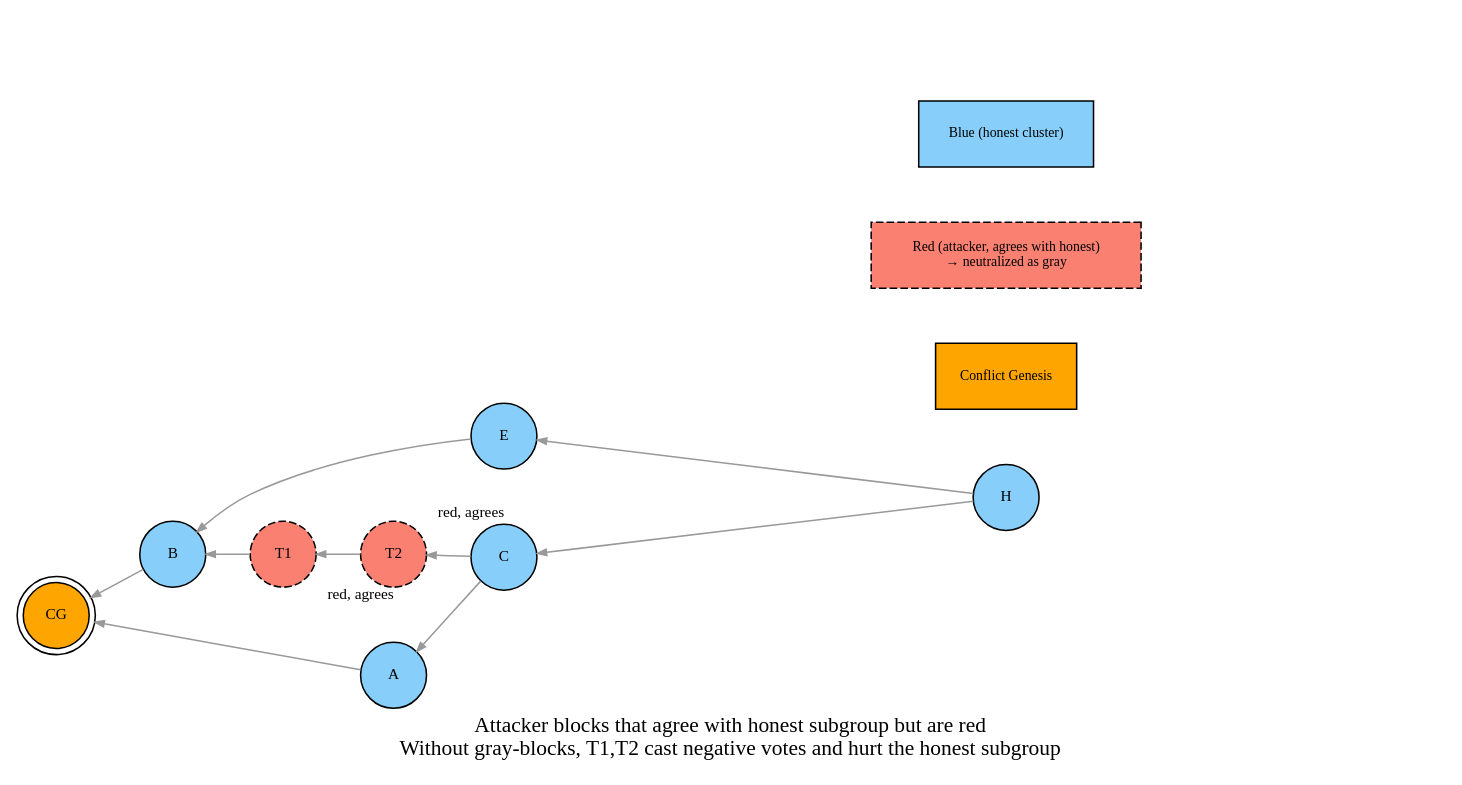
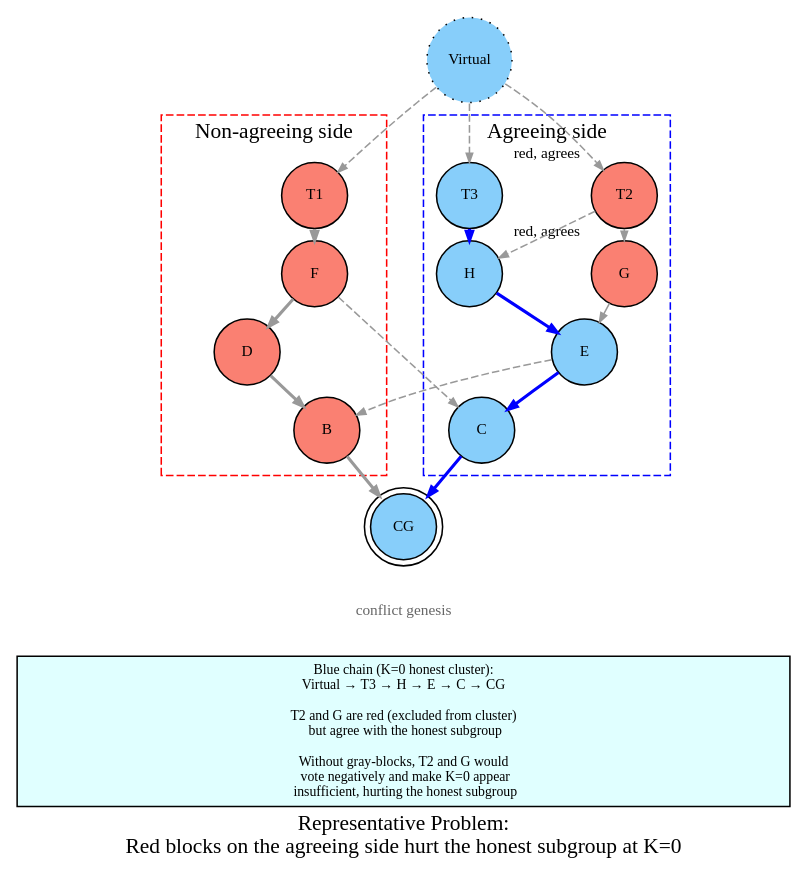
The diagram in dot/06-representative-problem.dot (coderofstuff/dk-wiki), drawn with Graphviz before and after one commit. The commit also changed 12 other files, not shown here.

Commit message:
Initial better images based on standard graph

```diff
--- a/dot/06-representative-problem.dot
+++ b/dot/06-representative-problem.dot
@@ -1,36 +1,70 @@
 digraph representative_problem {
-    rankdir=RL;
-    nodesep=0.5;
-    ranksep=0.4;
+    rankdir=TB;
+    nodesep=0.8;
+    ranksep=0.1;
     node [shape=circle, style=filled, fontsize=10, width=0.6, height=0.6];
     edge [arrowsize=0.6, color=gray60];
 
-    label="Attacker blocks that agree with honest subgroup but are red\nWithout gray-blocks, T1,T2 cast negative votes and hurt the honest subgroup";
+    label="Representative Problem:\nRed blocks on the agreeing side hurt the honest subgroup at K=0";
 
-    H [label="H", fillcolor=lightskyblue];
-    E [label="E", fillcolor=lightskyblue];
-    B [label="B", fillcolor=lightskyblue];
-    C [label="C", fillcolor=lightskyblue];
-    A [label="A", fillcolor=lightskyblue];
-    T1 [label="T1", fillcolor=salmon, style="filled,dashed", xlabel="red, agrees"];
-    T2 [label="T2", fillcolor=salmon, style="filled,dashed", xlabel="red, agrees"];
-    CG [label="CG", fillcolor=orange, shape=doublecircle];
+    CG [label="CG", fillcolor=lightskyblue, shape=doublecircle];
 
-    // Edges point backwards (newer → older)
-    H -> E;
-    H -> C;
-    E -> B;
-    C -> A;
-    C -> T2;
-    T2 -> T1;
-    T1 -> B;
-    B -> CG;
-    A -> CG;
+    Virtual [label="Virtual", shape=circle, style="dotted,filled", fillcolor=lightskyblue];
 
-    subgraph cluster_legend {
-        style=invis;
-        L_BLUE [label="Blue (honest cluster)", fillcolor=lightskyblue, shape=box, style=filled, fontsize=9];
-        L_RED [label="Red (attacker, agrees with honest)\n→ neutralized as gray", fillcolor=salmon, shape=box, style="filled,dashed", fontsize=9];
-        L_CG [label="Conflict Genesis", fillcolor=orange, shape=box, style=filled, fontsize=9];
+    // Left side: non-agreeing side (all red)
+    subgraph cluster_left {
+        label="Non-agreeing side";
+        labelloc=t;
+        style="dashed";
+        color=red;
+        B [label="B", fillcolor=salmon];
+        D [label="D", fillcolor=salmon];
+        F [label="F", fillcolor=salmon];
+        T1 [label="T1", fillcolor=salmon];
     }
+
+    // Right side: agreeing side (blue chain + red non-blue blocks)
+    subgraph cluster_right {
+        label="Agreeing side";
+        labelloc=t;
+        style="dashed";
+        color=blue;
+        C [label="C", fillcolor=lightskyblue];
+        E [label="E", fillcolor=lightskyblue];
+        G [label="G", fillcolor=salmon, xlabel="red, agrees"];
+        T2 [label="T2", fillcolor=salmon, xlabel="red, agrees"];
+        H [label="H", fillcolor=lightskyblue];
+        T3 [label="T3", fillcolor=lightskyblue];
+    }
+
+    CG_lbl [label="conflict genesis", shape=plaintext, style=filled, fillcolor=none, fontsize=10, fontcolor=gray40, width=0];
+
+    NOTE [label="Blue chain (K=0 honest cluster):\nVirtual → T3 → H → E → C → CG\n\nT2 and G are red (excluded from cluster)\n  but agree with the honest subgroup\n\nWithout gray-blocks, T2 and G would\n  vote negatively and make K=0 appear\n  insufficient, hurting the honest subgroup", shape=box, style=filled, fillcolor=lightcyan, fontsize=9, width=7];
+
+    // Blue chain-parent edges (honest cluster chain)
+    D -> B [color=gray60, penwidth=2.0];
+    F -> D [color=gray60, penwidth=2.0];
+    T1 -> F [color=gray60, penwidth=2.0];
+    E -> C [color=blue, penwidth=2.0];
+    H -> E [color=blue, penwidth=2.0];
+    T3 -> H [color=blue, penwidth=2.0];
+
+    B -> CG [color=gray60, penwidth=2.0];
+    C -> CG [color=blue, penwidth=2.0];
+
+    // Red non-blue blocks: T2 and G agree with honest side
+    T2 -> G [color=gray60, penwidth=1.0];
+    G -> E [color=gray60, penwidth=1.0];
+
+    // Cross edges
+    T2 -> H [color=gray60, penwidth=1.0, style=dashed];
+    F -> C [color=gray60, penwidth=1.0, style=dashed];
+    E -> B [color=gray60, penwidth=1.0, style=dashed];
+
+    CG -> CG_lbl [style=invis];
+    CG_lbl -> NOTE [style=invis];
+
+    Virtual -> T1 [color=gray60, penwidth=1.0, style=dashed];
+    Virtual -> T2 [color=gray60, penwidth=1.0, style=dashed];
+    Virtual -> T3 [color=gray60, penwidth=1.0, style=dashed];
 }
```
